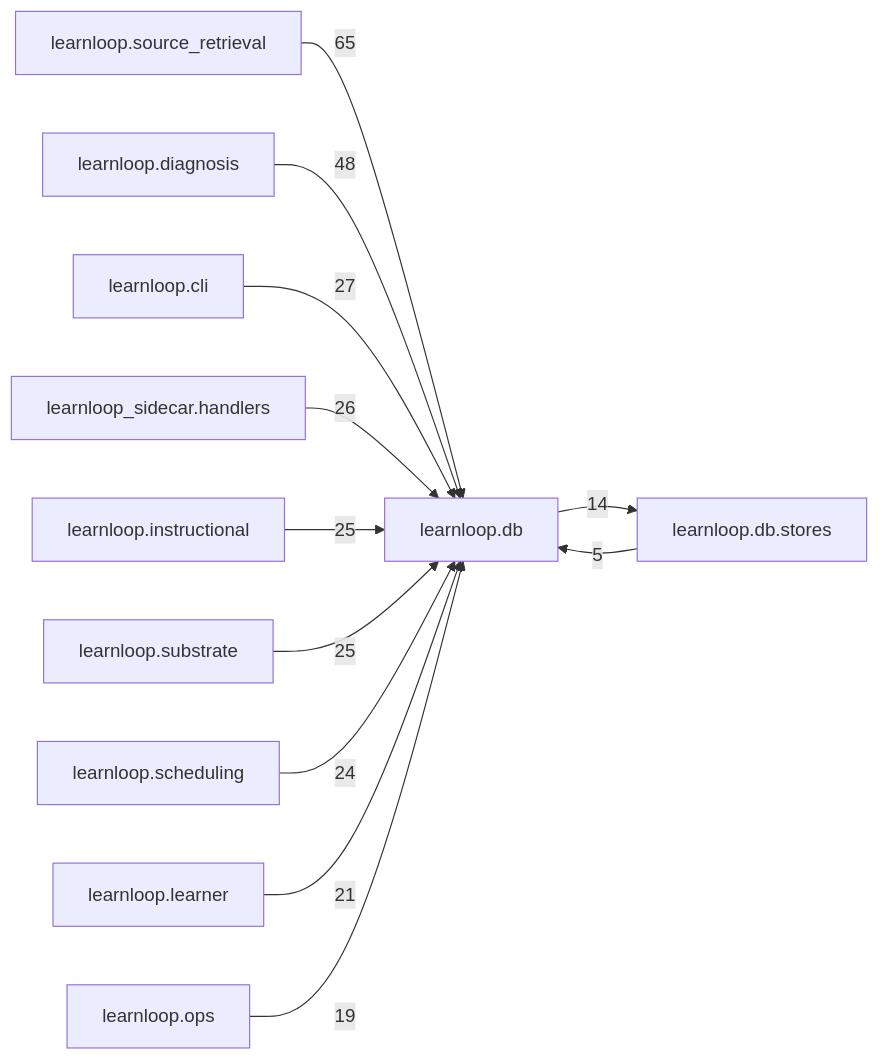
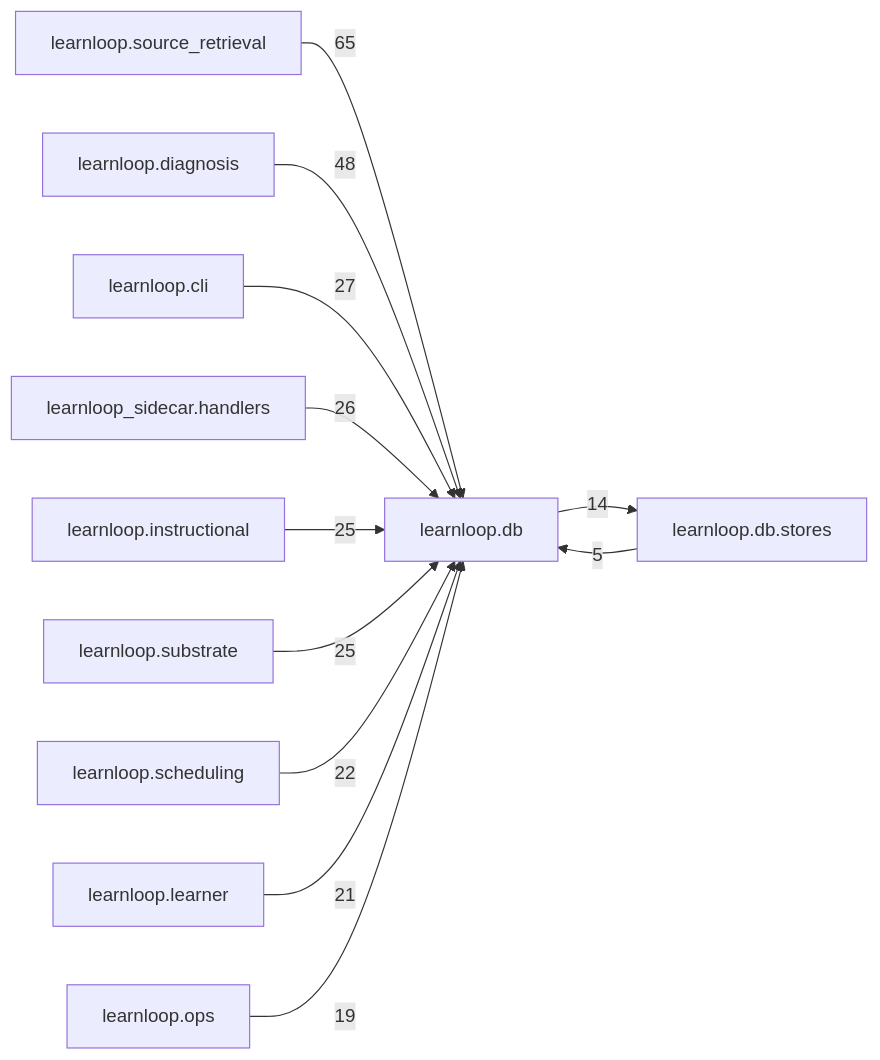
Before and after one commit to 6up-b/learnanything: the diagram in docs/learnloop-architecture-vault/Reference/Modules/learnloop/db/_package.md, drawn with Mermaid. The commit also changed other lines of this file and 57 other files, not shown here.

````diff
--- a/docs/learnloop-architecture-vault/Reference/Modules/learnloop/db/_package.md
+++ b/docs/learnloop-architecture-vault/Reference/Modules/learnloop/db/_package.md
@@ -138,25 +138,25 @@
 ```mermaid
 flowchart LR
     center["learnloop.db"]
     n_learnloop_source_retrieval["learnloop.source_retrieval"]
     n_learnloop_diagnosis["learnloop.diagnosis"]
     n_learnloop_cli["learnloop.cli"]
     n_learnloop_sidecar_handlers["learnloop_sidecar.handlers"]
     n_learnloop_instructional["learnloop.instructional"]
     n_learnloop_substrate["learnloop.substrate"]
     n_learnloop_scheduling["learnloop.scheduling"]
     n_learnloop_learner["learnloop.learner"]
     n_learnloop_db_stores["learnloop.db.stores"]
     n_learnloop_ops["learnloop.ops"]
     n_learnloop_source_retrieval -->|65| center
     n_learnloop_diagnosis -->|48| center
     n_learnloop_cli -->|27| center
     n_learnloop_sidecar_handlers -->|26| center
     n_learnloop_instructional -->|25| center
     n_learnloop_substrate -->|25| center
-    n_learnloop_scheduling -->|24| center
+    n_learnloop_scheduling -->|22| center
     n_learnloop_learner -->|21| center
     n_learnloop_db_stores -->|5| center
     center -->|14| n_learnloop_db_stores
     n_learnloop_ops -->|19| center
 ```
````
